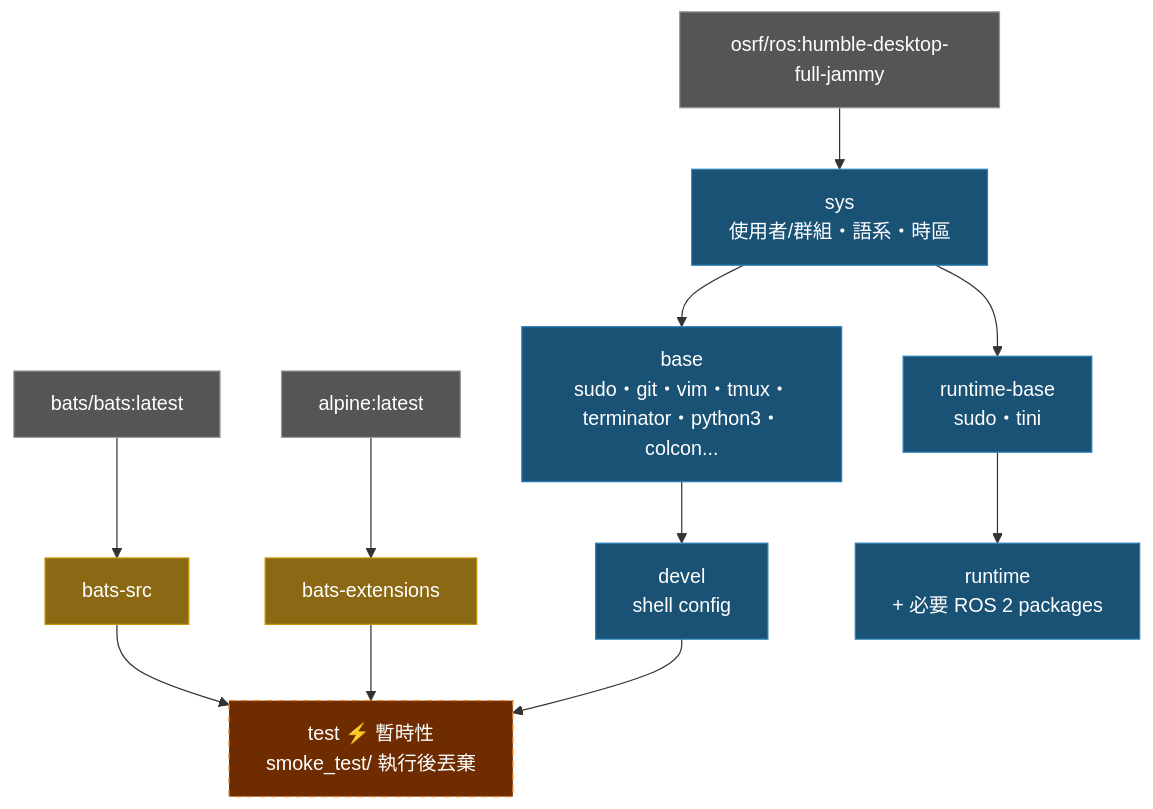
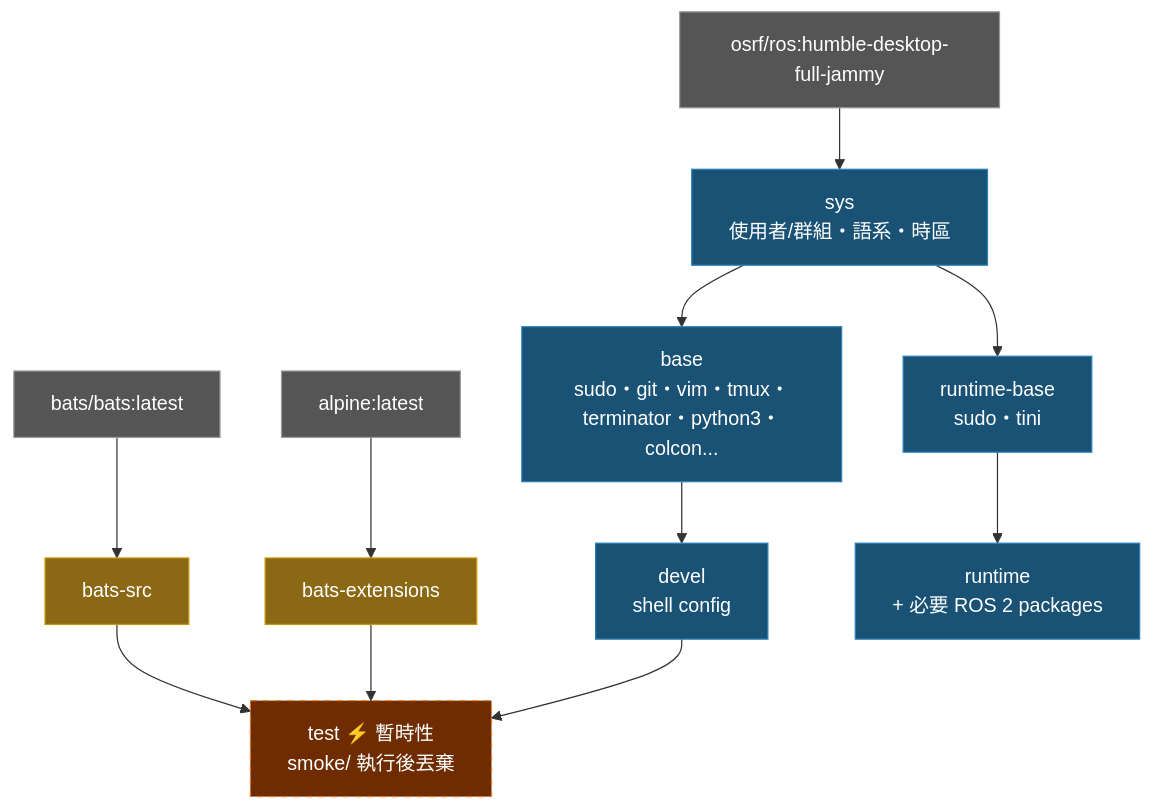
Before and after one commit to ycpss91255-docker/osrf_ros2_humble: the diagram in doc/README.zh-TW.md, drawn with Mermaid. The commit also changed other lines of this file and 21 other files, not shown here.

````diff
--- a/doc/README.zh-TW.md
+++ b/doc/README.zh-TW.md
@@ -235,26 +235,26 @@
 ```mermaid
 graph TD
     EXT1["bats/bats:latest"]:::external
     EXT2["alpine:latest"]:::external
     EXT3["osrf/ros:humble-desktop-full-jammy"]:::external
 
     EXT1 --> bats-src["bats-src"]:::tool
     EXT2 --> bats-ext["bats-extensions"]:::tool
 
     EXT3 --> sys["sys\n使用者/群組・語系・時區"]:::stage
 
     sys --> base["base\nsudo・git・vim・tmux・terminator・python3・colcon..."]:::stage
     base --> devel["devel\nshell config"]:::stage
 
-    bats-src --> test["test  ⚡ 暫時性\nsmoke_test/ 執行後丟棄"]:::ephemeral
+    bats-src --> test["test  ⚡ 暫時性\nsmoke/ 執行後丟棄"]:::ephemeral
     bats-ext --> test
     devel --> test
 
     sys --> runtime-base["runtime-base\nsudo・tini"]:::stage
     runtime-base --> runtime["runtime\n+ 必要 ROS 2 packages"]:::stage
 
     classDef external fill:#555,color:#fff,stroke:#999
     classDef tool fill:#8B6914,color:#fff,stroke:#c8960c
     classDef stage fill:#1a5276,color:#fff,stroke:#2980b9
     classDef ephemeral fill:#6e2c00,color:#fff,stroke:#e67e22,stroke-dasharray:5 5
 ```
````
